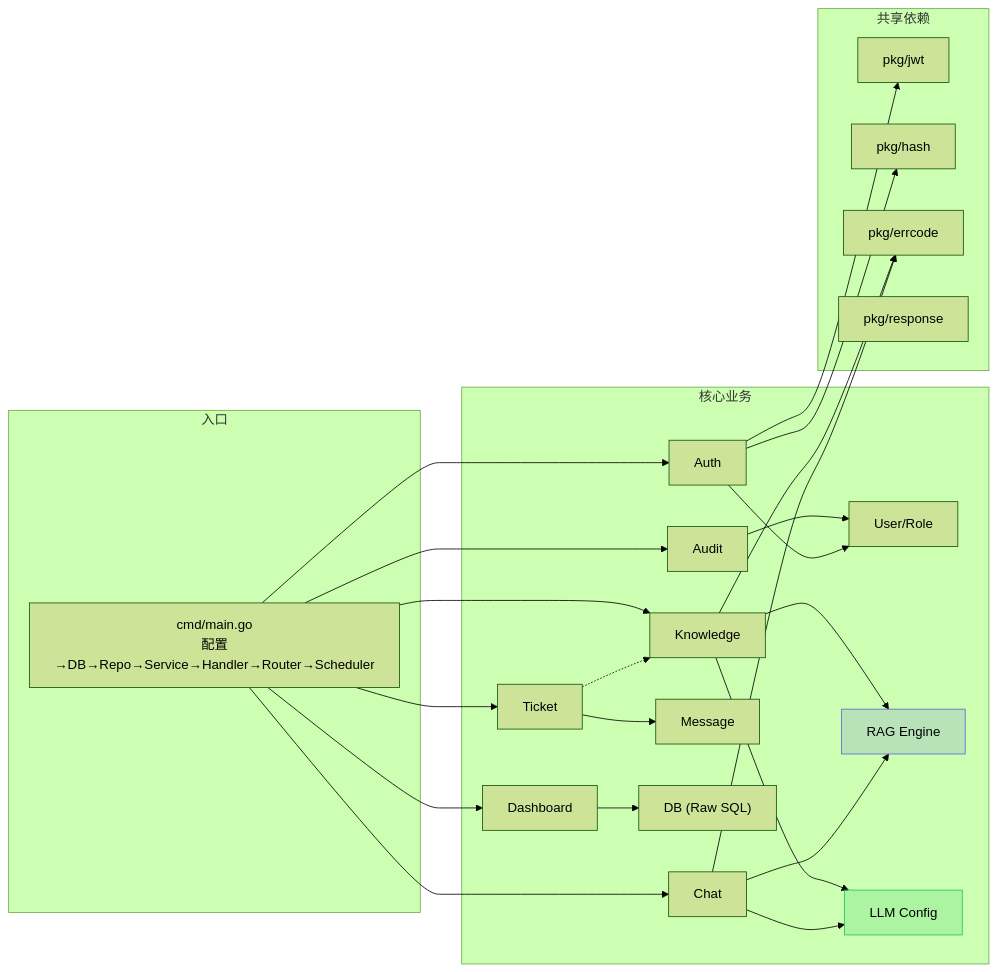
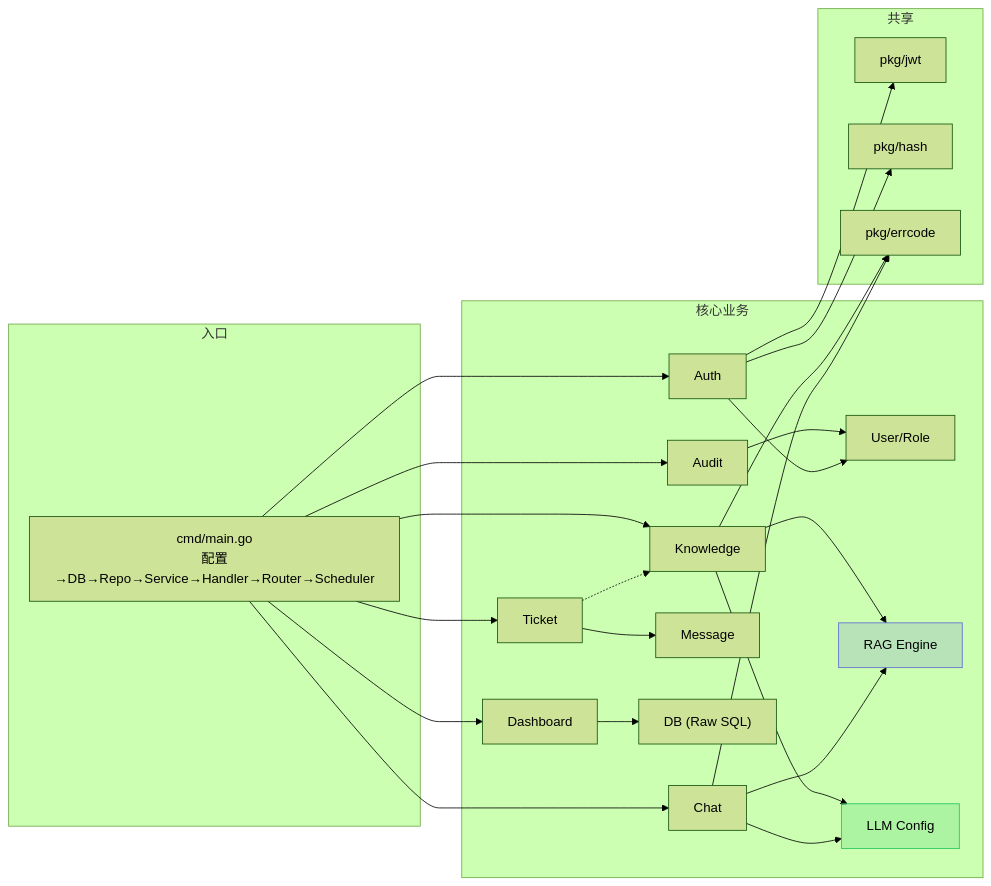
Before and after one commit to int2t05/Cognik: the third of 6 diagrams in docs/diagrams/architecture.md, drawn with Mermaid (forest theme). The commit also changed other lines of this file and 43 other files, not shown here.

````diff
--- a/docs/diagrams/architecture.md
+++ b/docs/diagrams/architecture.md
@@ -140,39 +145,38 @@
 ```mermaid
 flowchart LR
     subgraph 入口
         MAIN["cmd/main.go<br/>配置→DB→Repo→Service→Handler→Router→Scheduler"]
     end
 
     subgraph 核心业务
         AUTH["Auth"] --> USER["User/Role"]
         CHAT["Chat"] --> RAG_ENGINE["RAG Engine"]
         CHAT --> LLM_CFG["LLM Config"]
         KNOWLEDGE["Knowledge"] --> RAG_ENGINE
         KNOWLEDGE --> LLM_CFG
         TICKET["Ticket"] --> MESSAGE["Message"]
         TICKET -.-> KNOWLEDGE
         DASHBOARD["Dashboard"] --> DB_DIRECT["DB (Raw SQL)"]
         AUDIT["Audit"] --> USER
     end
 
-    subgraph 共享依赖
+    subgraph 共享
         JWT_LIB["pkg/jwt"]
         HASH_LIB["pkg/hash"]
         ERRCODE["pkg/errcode"]
-        RESPONSE["pkg/response"]
     end
 
     MAIN --> AUTH
     MAIN --> CHAT
     MAIN --> KNOWLEDGE
     MAIN --> TICKET
     MAIN --> DASHBOARD
     MAIN --> AUDIT
     AUTH --> JWT_LIB
     AUTH --> HASH_LIB
     CHAT --> ERRCODE
     KNOWLEDGE --> ERRCODE
 
     style RAG_ENGINE fill:#5e6ad230,stroke:#5e6ad2
     style LLM_CFG fill:#22c55e30,stroke:#22c55e
 ```
````
